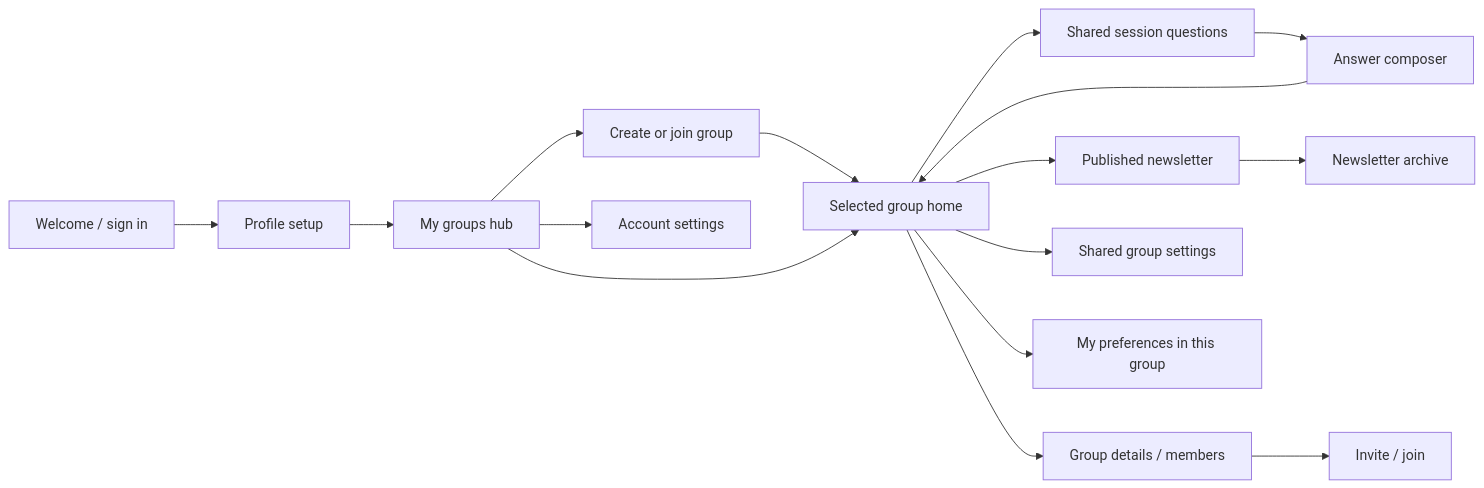
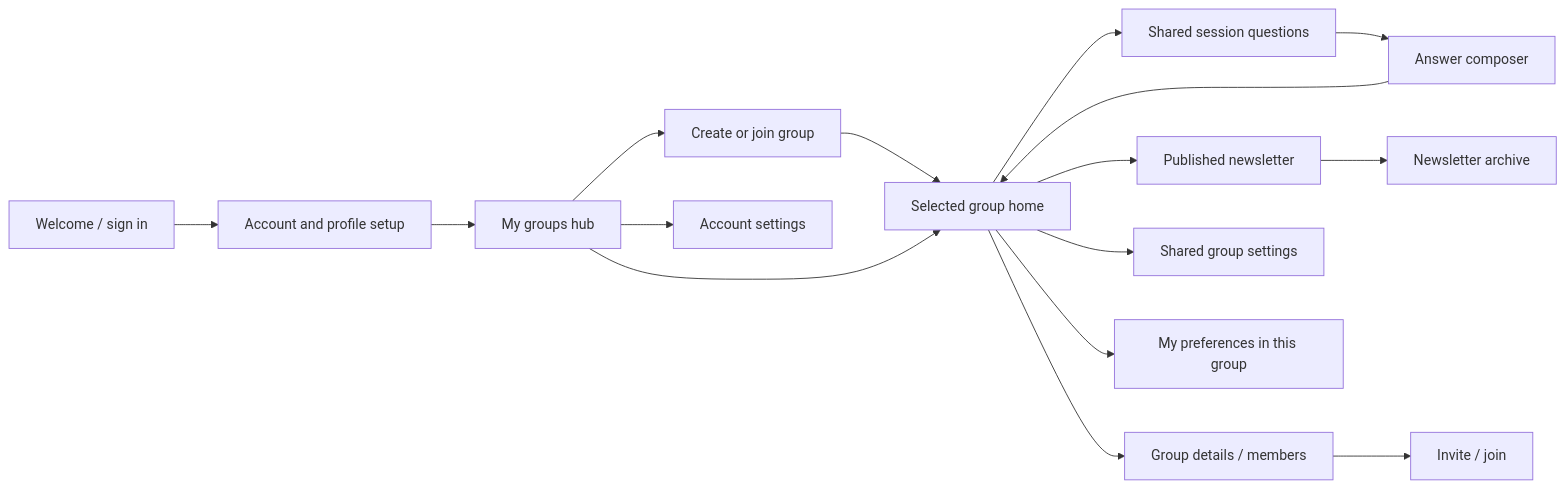
Before and after one commit to arkrusade/letterbox: the third of 3 diagrams in DESIGN.md, drawn with Mermaid. The commit also changed other lines of this file and 15 other files, not shown here.

````diff
--- a/DESIGN.md
+++ b/DESIGN.md
@@ -247,18 +272,18 @@
 ```mermaid
 flowchart LR
-  W[Welcome / sign in] --> O[Profile setup]
+  W[Welcome / sign in] --> O[Account and profile setup]
   O --> GH[My groups hub]
   GH --> G[Create or join group]
   G --> H[Selected group home]
   GH --> H
   H --> Q[Shared session questions]
   Q --> A[Answer composer]
   A --> H
   H --> N[Published newsletter]
   N --> AR[Newsletter archive]
   H --> D[Group details / members]
   D --> I[Invite / join]
   GH --> P[Account settings]
   H --> GS[Shared group settings]
   H --> MP[My preferences in this group]
 ```
````
